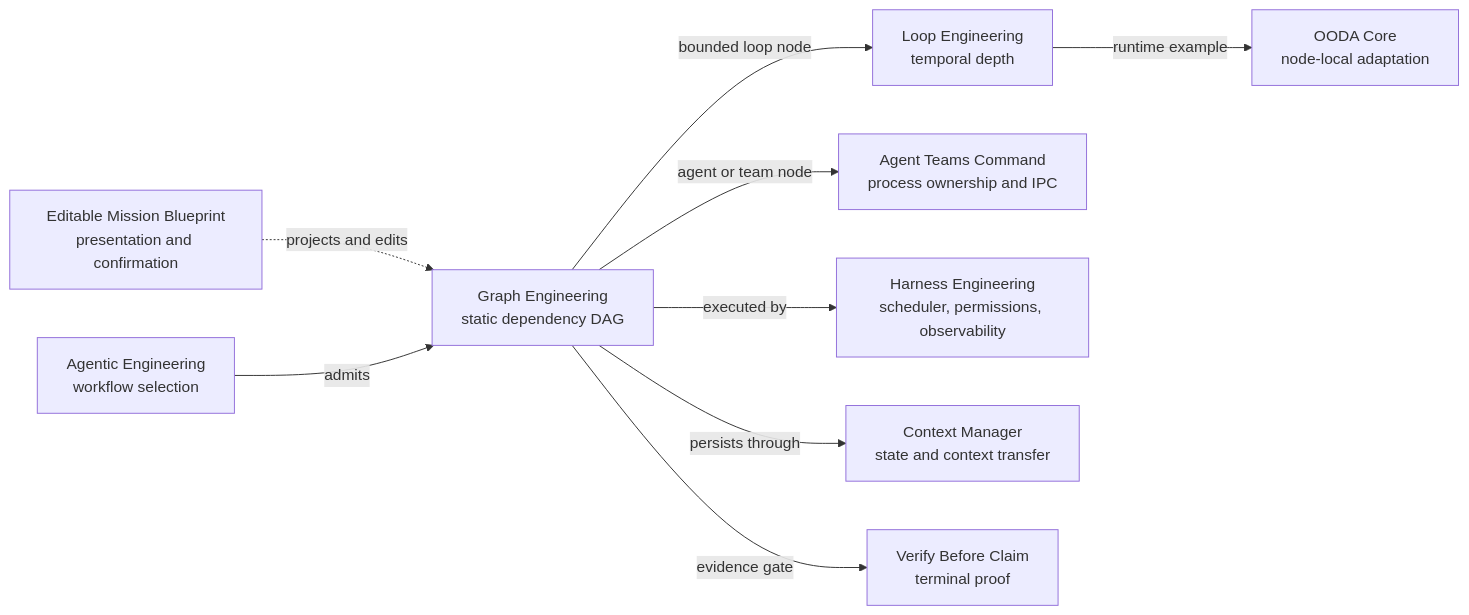
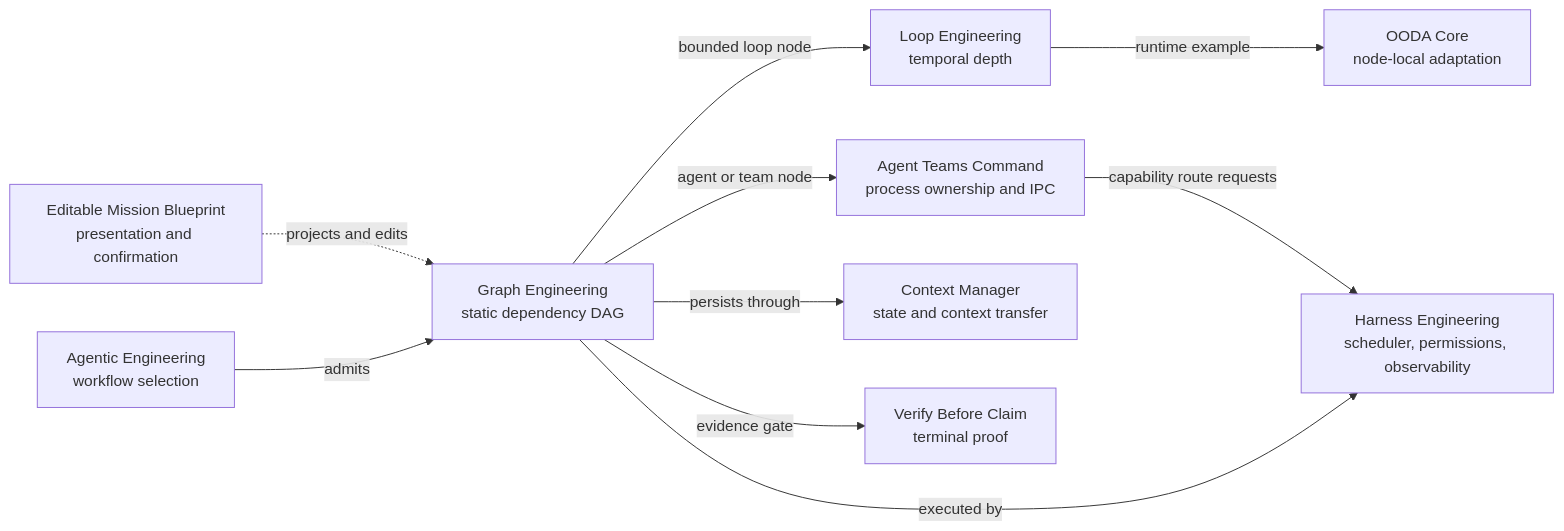
The diagram in README.md (Mark393295827/graph-engineering-architectures), drawn with Mermaid before and after one commit. The commit also changed other lines of this file and 60 other files, not shown here.

Commit message:
Expand graph engineering architecture contracts and validation

````diff
--- a/README.md
+++ b/README.md
@@ -37,11 +42,12 @@
 ```mermaid
 flowchart LR
     U["Editable Mission Blueprint<br/>presentation and confirmation"] -.->|projects and edits| G
     A["Agentic Engineering<br/>workflow selection"] -->|admits| G["Graph Engineering<br/>static dependency DAG"]
     G -->|bounded loop node| L["Loop Engineering<br/>temporal depth"]
     G -->|agent or team node| T["Agent Teams Command<br/>process ownership and IPC"]
+    T -->|capability route requests| H
     G -->|executed by| H["Harness Engineering<br/>scheduler, permissions, observability"]
     G -->|persists through| C["Context Manager<br/>state and context transfer"]
     G -->|evidence gate| V["Verify Before Claim<br/>terminal proof"]
     L -->|runtime example| O["OODA Core<br/>node-local adaptation"]
 ```
````
